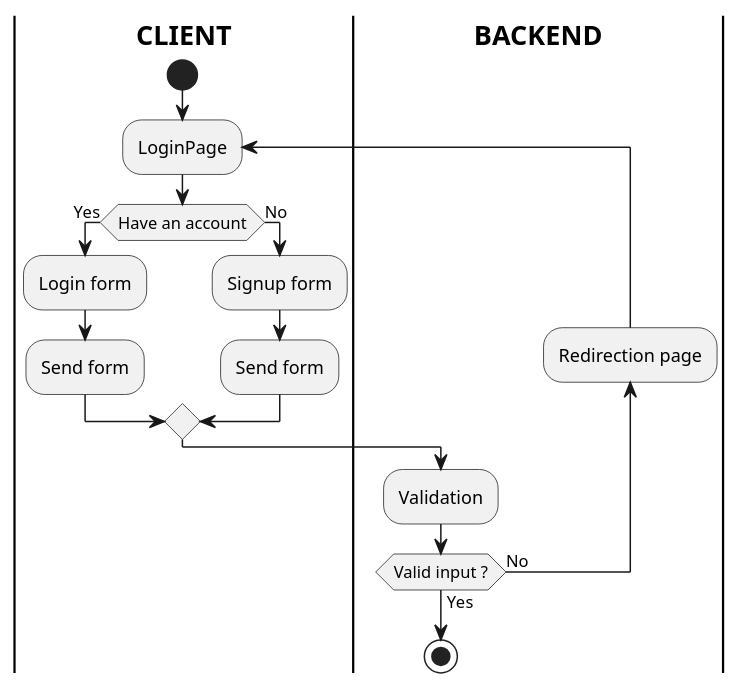
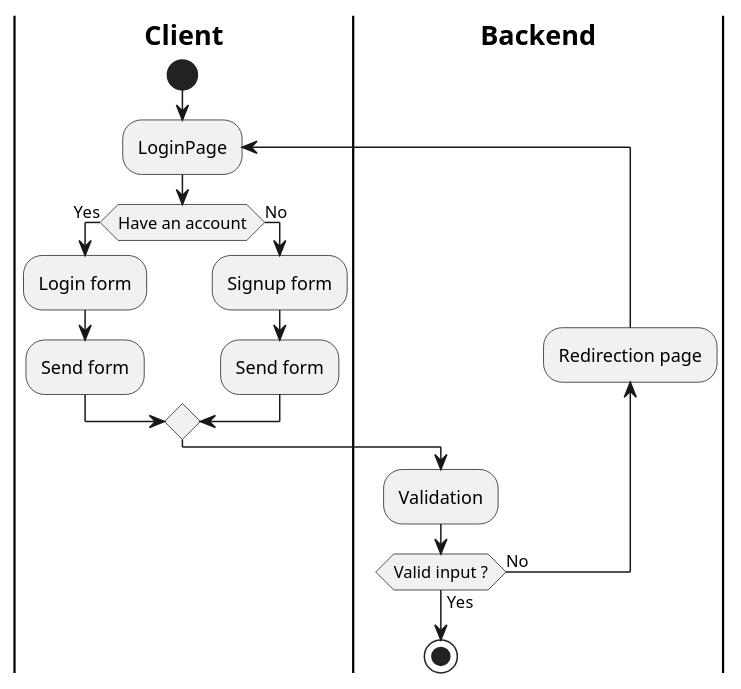
One commit to Orygyne/Fish-learning changed the diagram in Conception/Diagrammes/Activities/PublicFunctionalities/RegisterLoginActivity.puml. Above: the diagram before and after it, drawn with PlantUML. The commit also changed 6 other files, not shown here.

Commit message:
Rajout de nouveaux diagrammes d'activités : suppression de comptes, demandes de données personnelles, réinitialisation de mot de passe et ébauche de questionnaire de choix de matériel.

```diff
--- a/Conception/Diagrammes/Activities/PublicFunctionalities/RegisterLoginActivity.puml
+++ b/Conception/Diagrammes/Activities/PublicFunctionalities/RegisterLoginActivity.puml
@@ -1,19 +1,19 @@
 @startuml RegisterLoginActivity
 
 
-|**CLIENT**|
+|**Client**|
 start
 repeat :LoginPage;
 if (Have an account) then (Yes)
     :Login form;
     :Send form;
 else (No)
-:Signup form;
-:Send form;
+    :Signup form;
+    :Send form;
 endif
-|**BACKEND**|
+|**Backend**|
 :Validation;
 backward :Redirection page;
 repeat while (Valid input ?) is (No) not (Yes)
 stop
 @enduml
```
